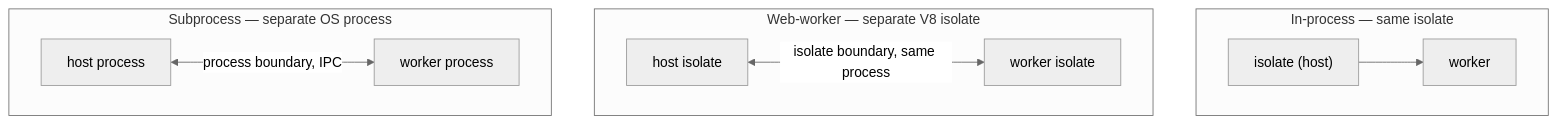
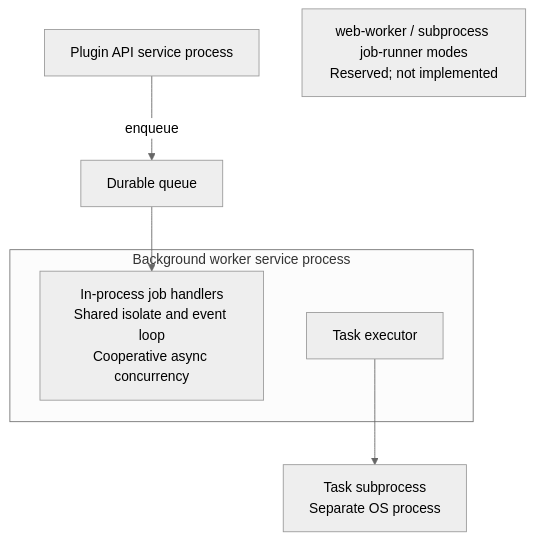
Before and after one commit to rickylabs/netscript: the diagram in docs/site/_diagrams/plugin-thread-isolation.mmd, drawn with Mermaid (neutral theme). The commit also changed 13 other files, not shown here.

Commit message:
docs(workers): truth in-process runner behavior and reserved modes

```diff
--- a/docs/site/_diagrams/plugin-thread-isolation.mmd
+++ b/docs/site/_diagrams/plugin-thread-isolation.mmd
@@ -1,19 +1,10 @@
-%% plugin-thread-isolation — worker runtime isolation modes (offline Mermaid source)
+%% Source for assets/diagrams/plugin-thread-isolation.svg
 flowchart TB
-  subgraph InProcess["In-process — same isolate"]
-    HostI["isolate (host)"]
-    WorkerI["worker"]
-    HostI --> WorkerI
+  API["Plugin API service process"] -->|enqueue| Queue["Durable queue"]
+  Queue --> Jobs
+  subgraph Background["Background worker service process"]
+    Jobs["In-process job handlers<br/>Shared isolate and event loop<br/>Cooperative async concurrency"]
+    Tasks["Task executor"]
   end
-
-  subgraph WebWorker["Web-worker — separate V8 isolate"]
-    HostW["host isolate"]
-    WorkerW["worker isolate"]
-    HostW <-->|isolate boundary, same process| WorkerW
-  end
-
-  subgraph Subprocess["Subprocess — separate OS process"]
-    HostP["host process"]
-    WorkerP["worker process"]
-    HostP <-->|process boundary, IPC| WorkerP
-  end
+  Tasks --> Child["Task subprocess<br/>Separate OS process"]
+  Reserved["web-worker / subprocess job-runner modes<br/>Reserved; not implemented"]
```
